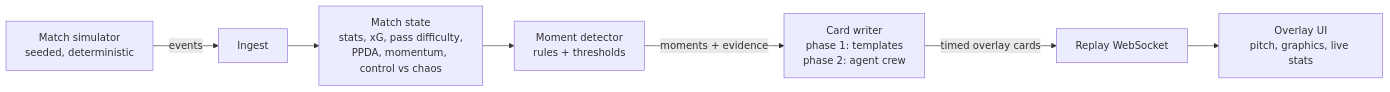
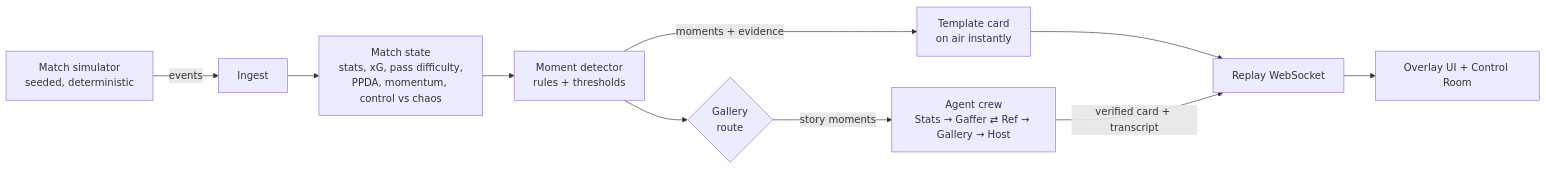
The first of 2 diagrams in README.md (timmytrace/pl-insights-engine), drawn with Mermaid before and after one commit. The commit also changed other lines of this file and 28 other files, not shown here.

````diff
--- a/README.md
+++ b/README.md
@@ -32,9 +32,12 @@
 ```mermaid
 flowchart LR
     SIM[Match simulator<br/>seeded, deterministic] -->|events| ING[Ingest]
     ING --> STATE[Match state<br/>stats, xG, pass difficulty,<br/>PPDA, momentum, control vs chaos]
     STATE --> DET[Moment detector<br/>rules + thresholds]
-    DET -->|moments + evidence| CREW[Card writer<br/>phase 1: templates<br/>phase 2: agent crew]
-    CREW -->|timed overlay cards| WS[Replay WebSocket]
-    WS --> UI[Overlay UI<br/>pitch, graphics, live stats]
+    DET -->|moments + evidence| TPL[Template card<br/>on air instantly]
+    DET --> GAL{Gallery<br/>route}
+    GAL -->|story moments| CREW[Agent crew<br/>Stats → Gaffer ⇄ Ref → Gallery → Host]
+    TPL --> WS[Replay WebSocket]
+    CREW -->|verified card + transcript| WS
+    WS --> UI[Overlay UI + Control Room]
 ```
````
